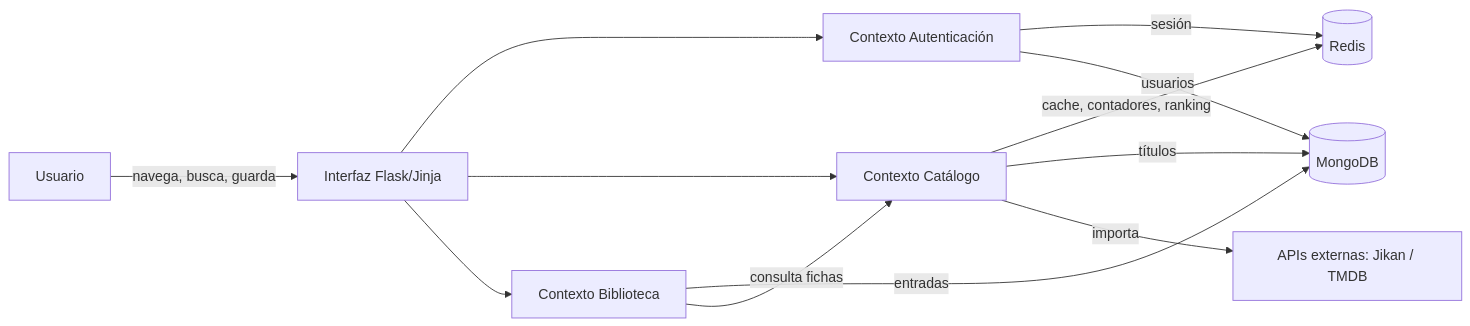
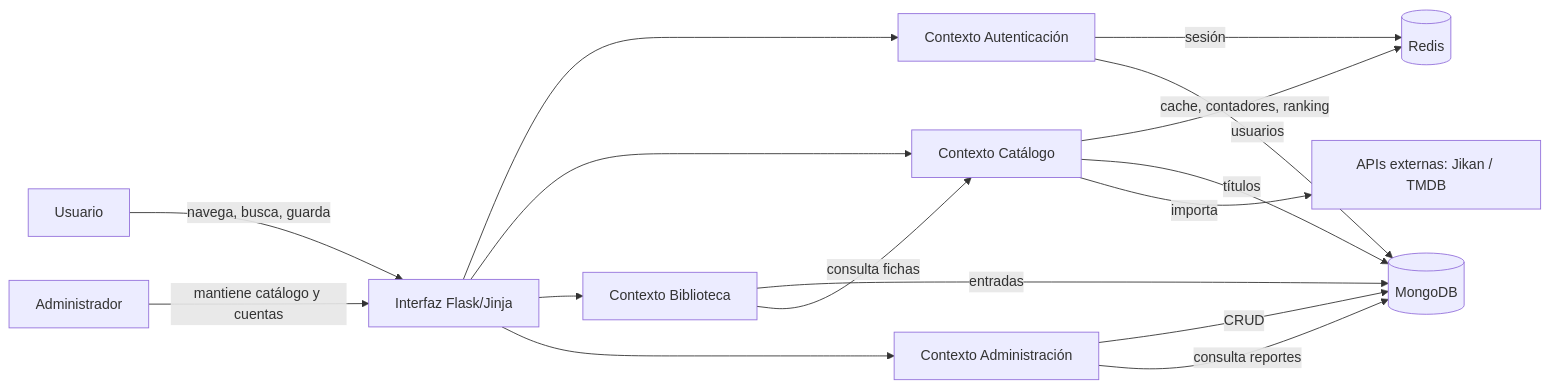
Before and after one commit to Zakdan01/sistentretenimiento: the first of 6 diagrams in docs/informe.md, drawn with Mermaid. The commit also changed other lines of this file and 70 other files, not shown here.

````diff
--- a/docs/informe.md
+++ b/docs/informe.md
@@ -152,14 +158,18 @@
 ```mermaid
 flowchart LR
     U[Usuario] -->|navega, busca, guarda| WEB[Interfaz Flask/Jinja]
+    ADM[Administrador] -->|mantiene catálogo y cuentas| WEB
     WEB --> AUTH[Contexto Autenticación]
     WEB --> CAT[Contexto Catálogo]
     WEB --> LIB[Contexto Biblioteca]
+    WEB --> ADMIN[Contexto Administración]
     AUTH -->|sesión| REDIS[(Redis)]
     CAT -->|cache, contadores, ranking| REDIS
     CAT -->|títulos| MONGO[(MongoDB)]
     LIB -->|entradas| MONGO
+    ADMIN -->|CRUD| MONGO
     AUTH -->|usuarios| MONGO
     CAT -->|importa| EXT[APIs externas: Jikan / TMDB]
+    ADMIN -->|consulta reportes| MONGO
     LIB -->|consulta fichas| CAT
 ```
````
